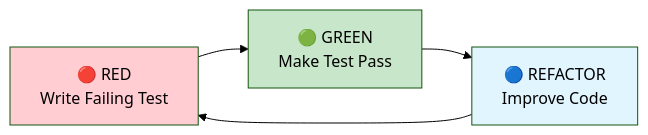
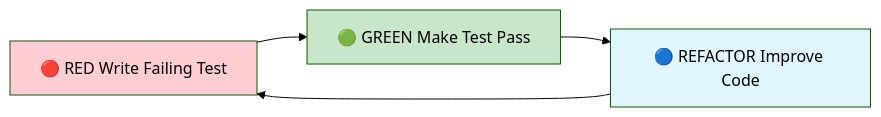
Before and after one commit to softwarewrighter/ui-test-rs: the eighth of 15 diagrams in wiki/Development-Guide.md, drawn with Mermaid (forest theme). The commit also changed other lines of this file and 10 other files, not shown here.

First line of the commit message:
Fix wiki Mermaid diagrams: remove <br/> tags

````diff
--- a/wiki/Development-Guide.md
+++ b/wiki/Development-Guide.md
@@ -322,14 +322,14 @@
 ```mermaid
 flowchart LR
-    Red[🔴 RED<br/>Write Failing Test]
-    Green[🟢 GREEN<br/>Make Test Pass]
-    Refactor[🔵 REFACTOR<br/>Improve Code]
+    Red[🔴 RED Write Failing Test]
+    Green[🟢 GREEN Make Test Pass]
+    Refactor[🔵 REFACTOR Improve Code]
 
     Red --> Green
     Green --> Refactor
     Refactor --> Red
 
     style Red fill:#ffcdd2
     style Green fill:#c8e6c9
     style Refactor fill:#e1f5ff
 ```
````
